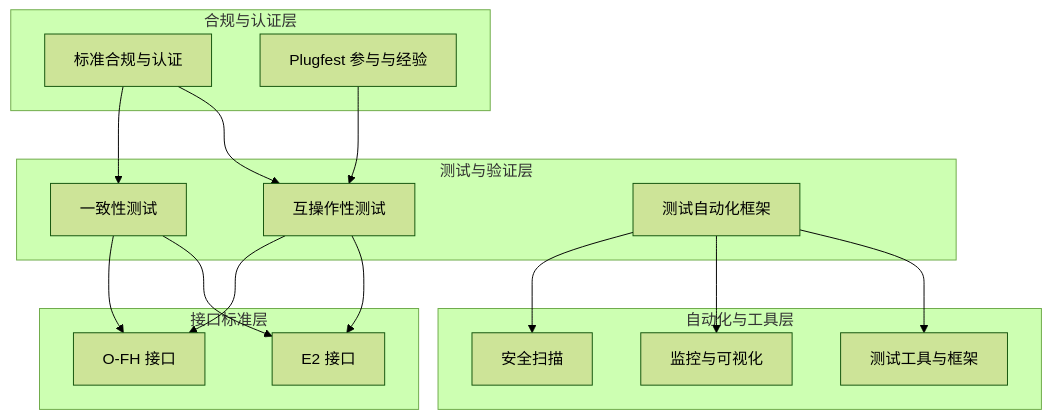
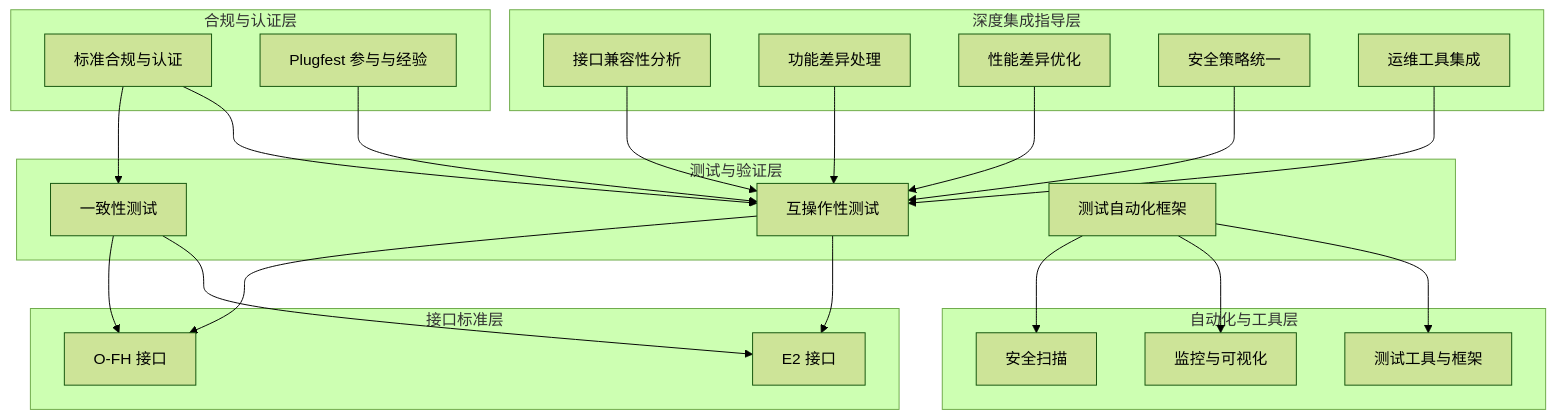
Before and after one commit to allengaller/oran-database: the second of 8 diagrams in .qoder/repowiki/zh/content/标准与合规/多厂商集成实践.md, drawn with Mermaid (forest theme). The commit also changed other lines of this file and 32 other files, not shown here.

````diff
--- a/.qoder/repowiki/zh/content/标准与合规/多厂商集成实践.md
+++ b/.qoder/repowiki/zh/content/标准与合规/多厂商集成实践.md
@@ -92,31 +118,43 @@
 ```mermaid
 graph TB
+subgraph "深度集成指导层"
+D1["接口兼容性分析"]
+D2["功能差异处理"]
+D3["性能差异优化"]
+D4["安全策略统一"]
+D5["运维工具集成"]
+end
 subgraph "测试与验证层"
 T1["互操作性测试"]
 T2["一致性测试"]
 T3["测试自动化框架"]
 end
 subgraph "接口标准层"
 S1["E2 接口"]
 S2["O-FH 接口"]
 end
 subgraph "自动化与工具层"
 U1["测试工具与框架"]
 U2["监控与可视化"]
 U3["安全扫描"]
 end
 subgraph "合规与认证层"
 C1["标准合规与认证"]
 C2["Plugfest 参与与经验"]
 end
+D1 --> T1
+D2 --> T1
+D3 --> T1
+D4 --> T1
+D5 --> T1
 T1 --> S1
 T1 --> S2
 T2 --> S1
 T2 --> S2
 T3 --> U1
 T3 --> U2
 T3 --> U3
 C1 --> T1
 C1 --> T2
 C2 --> T1
 ```
````
